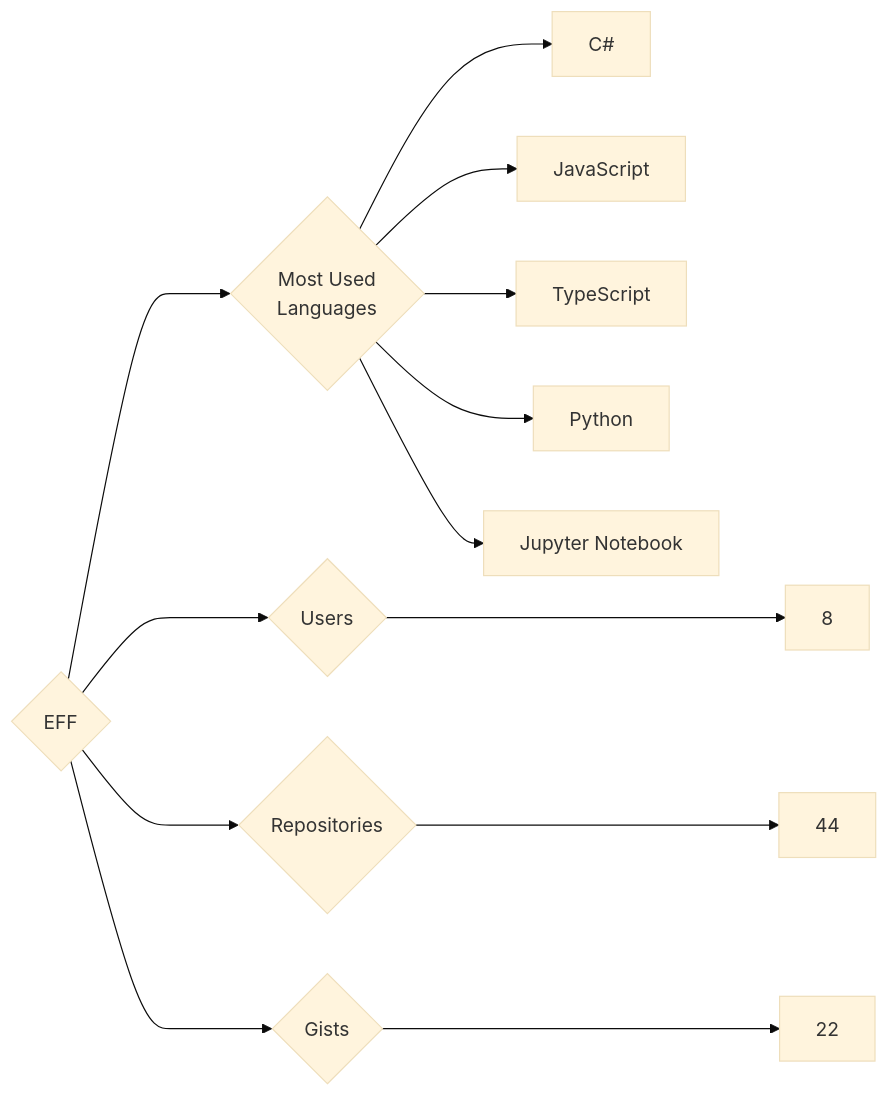
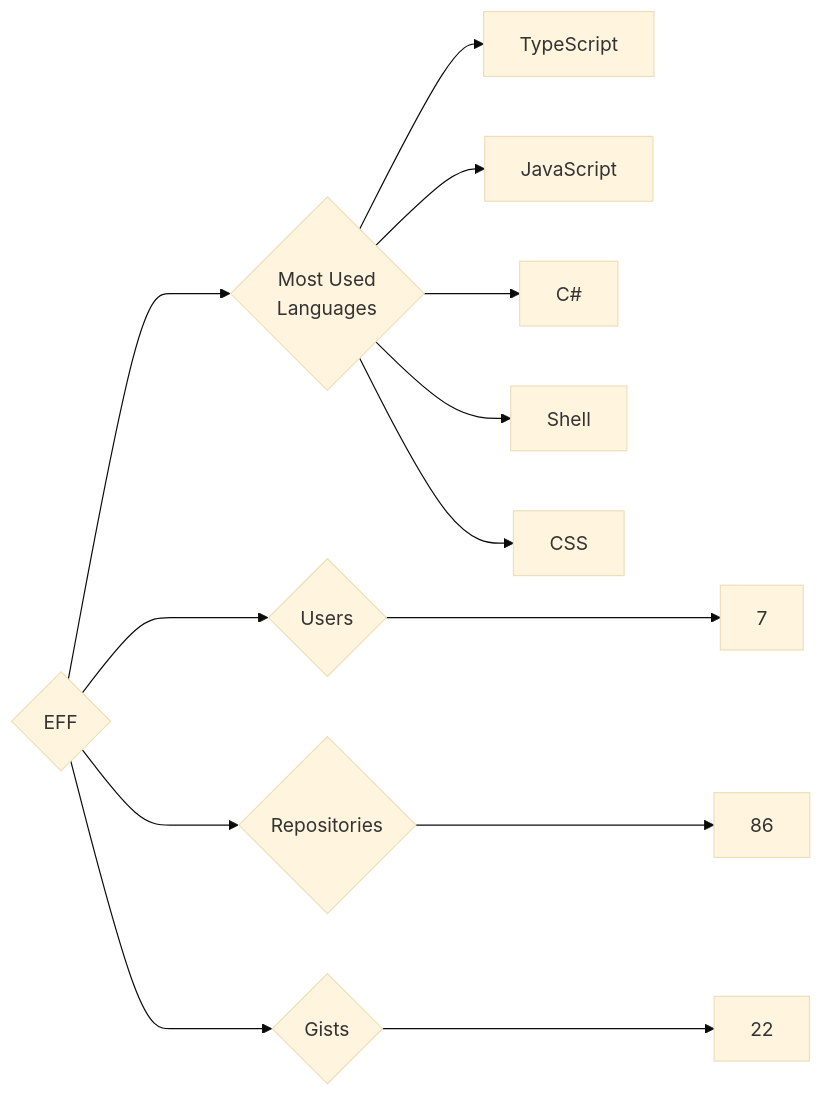
The diagram in targets/EFF/README.md (trickest/insiders), drawn with Mermaid (base theme) before and after one commit. The commit also changed 874 other files, not shown here.

````diff
--- a/targets/EFF/README.md
+++ b/targets/EFF/README.md
@@ -3,13 +3,13 @@
 ```mermaid
 graph LR
 COMPANY_NAME{EFF}
-COMPANY_NAME ---> U{Users} ---> UN[8]
-COMPANY_NAME ---> R{Repositories} ---> RN[44]
+COMPANY_NAME ---> U{Users} ---> UN[7]
+COMPANY_NAME ---> R{Repositories} ---> RN[86]
 COMPANY_NAME ---> G{Gists} ---> GN[22]
 COMPANY_NAME ---> ML{Most Used<br>Languages}
+ML --> TypeScript[TypeScript]
+ML --> JavaScript[JavaScript]
 ML --> C#[C#]
-ML --> JavaScript[JavaScript]
-ML --> TypeScript[TypeScript]
-ML --> Python[Python]
-ML --> Jupyter_Notebook[Jupyter Notebook]
+ML --> Shell[Shell]
+ML --> CSS[CSS]
 ```
````
